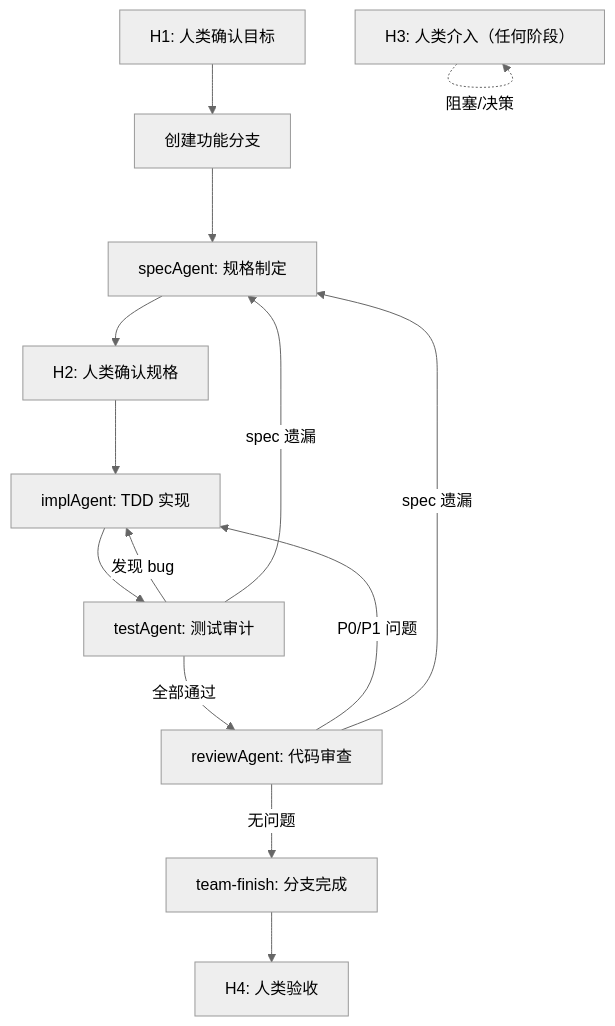
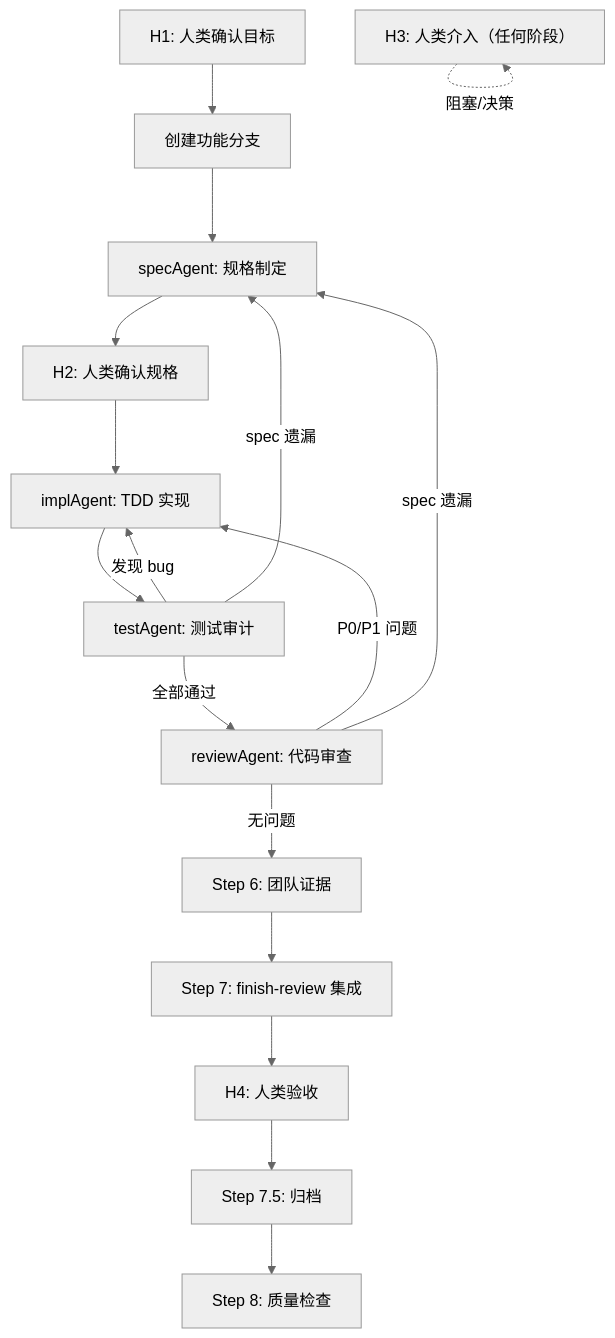
The diagram in skills/team-orchestrator/SKILL.md (andeya/team-skills), drawn with Mermaid (neutral theme) before and after one commit. The commit also changed other lines of this file and 17 other files, not shown here.

First line of the commit message:
fix: flow audit polish — execution order, cross-skill consistency, README accuracy

````diff
--- a/skills/team-orchestrator/SKILL.md
+++ b/skills/team-orchestrator/SKILL.md
@@ -12,16 +12,19 @@
 ```mermaid
 flowchart TD
     H1["H1: 人类确认目标"] --> branch["创建功能分支"]
     branch --> specAgent["specAgent: 规格制定"]
     specAgent --> H2["H2: 人类确认规格"]
     H2 --> implAgent["implAgent: TDD 实现"]
     implAgent --> testAgent["testAgent: 测试审计"]
     testAgent -->|"发现 bug"| implAgent
     testAgent -->|"spec 遗漏"| specAgent
     testAgent -->|"全部通过"| reviewAgent["reviewAgent: 代码审查"]
     reviewAgent -->|"P0/P1 问题"| implAgent
     reviewAgent -->|"spec 遗漏"| specAgent
-    reviewAgent -->|"无问题"| finish["team-finish: 分支完成"]
+    reviewAgent -->|"无问题"| teamEvidence["Step 6: 团队证据"]
+    teamEvidence --> finish["Step 7: finish-review 集成"]
     finish --> H4["H4: 人类验收"]
+    H4 --> archive["Step 7.5: 归档"]
+    archive --> qualityCheck["Step 8: 质量检查"]
     H3["H3: 人类介入（任何阶段）"] -.->|"阻塞/决策"| H3
 ```
````
